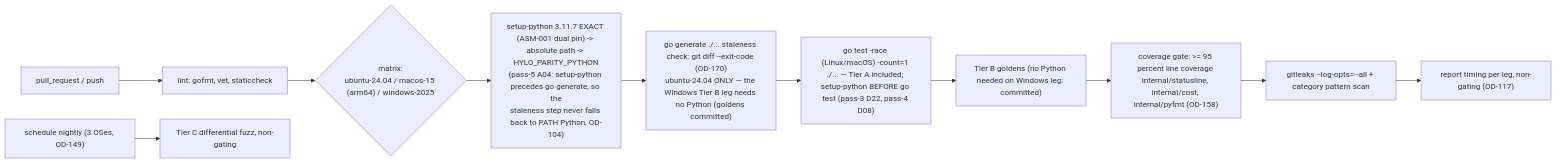
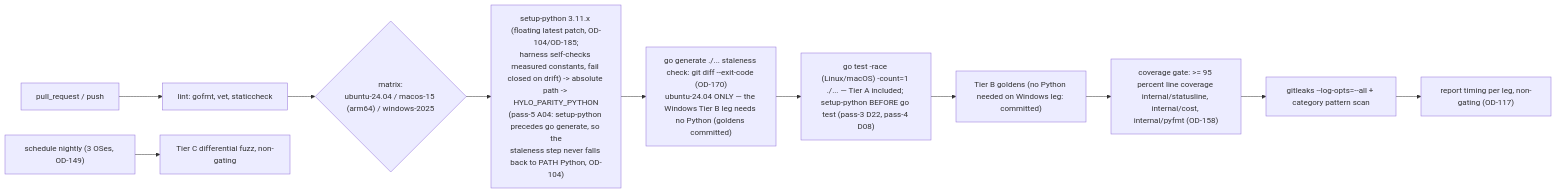
One commit to drbothen/hylo changed the diagram in specs/architecture/ARCH-08-build-ci-release.md. Above: the diagram before and after it, drawn with Mermaid. The commit also changed other lines of this file and 162 other files, not shown here.

````diff
--- a/specs/architecture/ARCH-08-build-ci-release.md
+++ b/specs/architecture/ARCH-08-build-ci-release.md
@@ -38,13 +38,13 @@
 ```mermaid
 flowchart LR
     PR["pull_request / push"] --> L["lint: gofmt, vet, staticcheck"]
     L --> M{"matrix:<br/>ubuntu-24.04 / macos-15 (arm64) / windows-2025"}
-    M --> PY["setup-python 3.11.7 EXACT (ASM-001 dual pin) -> absolute path -> HYLO_PARITY_PYTHON<br/>(pass-5 A04: setup-python precedes go generate, so the<br/>staleness step never falls back to PATH Python, OD-104)"]
+    M --> PY["setup-python 3.11.x (floating latest patch, OD-104/OD-185;<br/>harness self-checks measured constants, fail closed on drift) -> absolute path -> HYLO_PARITY_PYTHON<br/>(pass-5 A04: setup-python precedes go generate, so the<br/>staleness step never falls back to PATH Python, OD-104)"]
     PY --> GEN["go generate ./... staleness check: git diff --exit-code (OD-170)<br/>ubuntu-24.04 ONLY — the Windows Tier B leg needs no Python (goldens committed)"]
     GEN --> T["go test -race (Linux/macOS) -count=1 ./... — Tier A included; setup-python BEFORE go test (pass-3 D22, pass-4 D08)"]
     T --> TB["Tier B goldens (no Python needed on Windows leg: committed)"]
     TB --> COV["coverage gate: >= 95 percent line coverage internal/statusline, internal/cost, internal/pyfmt (OD-158)"]
     COV --> HL["gitleaks --log-opts=--all + category pattern scan"]
     HL --> J["report timing per leg, non-gating (OD-117)"]
     Nightly["schedule nightly (3 OSes, OD-149)"] --> TC["Tier C differential fuzz, non-gating"]
 ```
````
